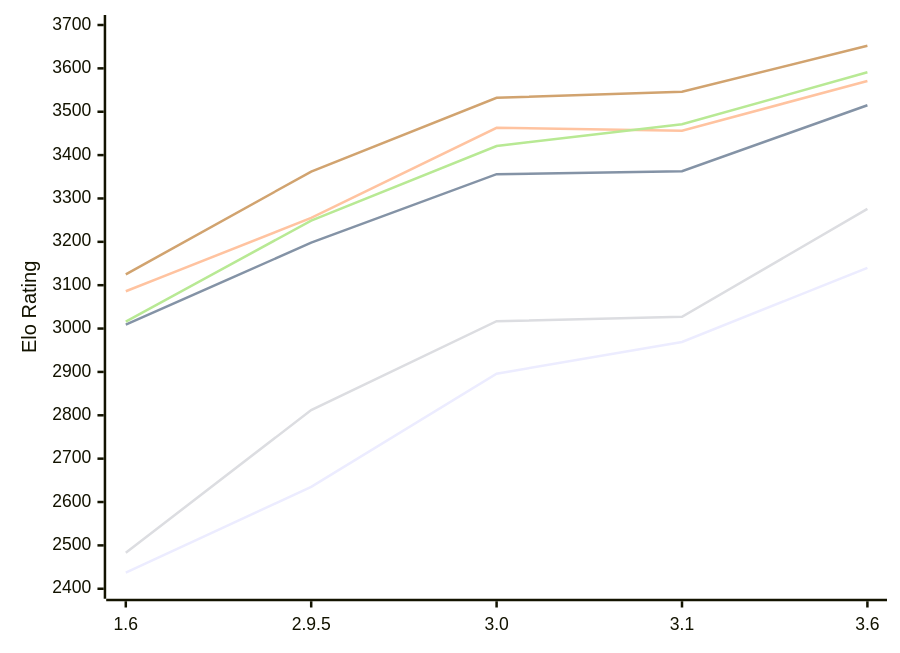
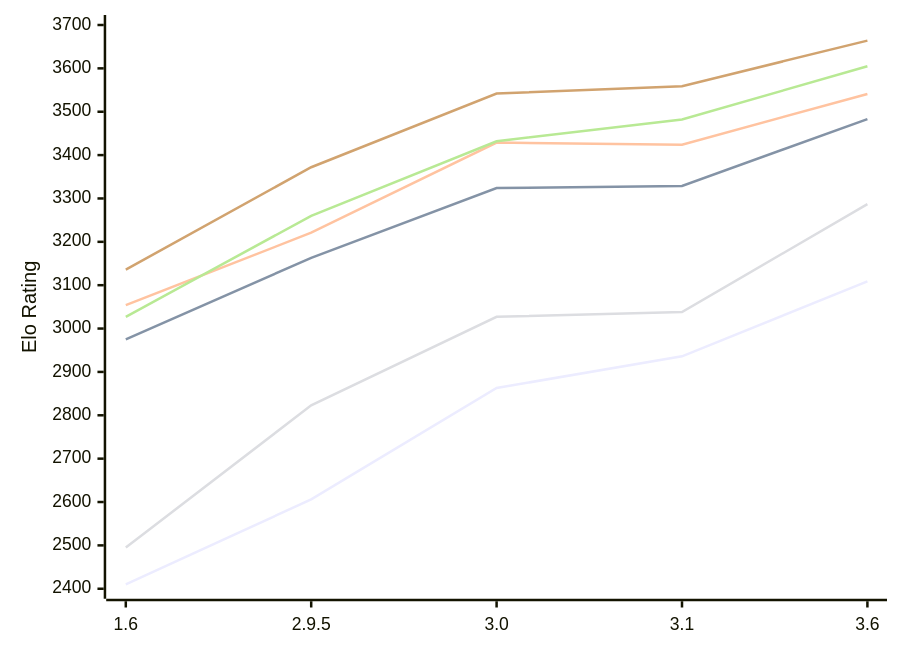
The diagram in engines/Chessenger.md (computer-chess-index/cci), drawn with Mermaid before and after one commit. The commit also changed other lines of this file, not shown here.

Commit message:
Update CCI Ratings (ELO VLTC) - 2026-11-12

````diff
--- a/engines/Chessenger.md
+++ b/engines/Chessenger.md
@@ -55,12 +55,12 @@
 ```mermaid
 %%{init: {"theme":"base","themeVariables":{"seriesColors:['#a3a3a3','#222221','#faa371']}}}%%
 xychart-beta
   x-axis ["1.6", "2.9.5", "3.0", "3.1", "3.6"]
   y-axis "Elo Rating" 2400 --> 3700
-  line "E1: STC (8.0+0.08s)" [2437, 2635, 2896, 2969, 3140]
-  line "E1: LTC (60.0+0.60s)" [3009, 3198, 3356, 3363, 3515]
-  line "E1: VLTC (2m24s+1.12s)" [3086, 3255, 3463, 3456, 3571]
-  line "P1: STC (8.0+0.08s)" [2483, 2812, 3017, 3027, 3276]
-  line "P1: LTC (60.0+0.60s)" [3016, 3249, 3421, 3471, 3591]
-  line "P1: VLTC (2m24s+1.12s)" [3125, 3362, 3532, 3546, 3652]
+  line "E1: STC (8.0+0.08s)" [2410, 2606, 2863, 2936, 3109]
+  line "E1: LTC (60.0+0.60s)" [2975, 3163, 3324, 3329, 3483]
+  line "E1: VLTC (2m24s+1.12s)" [3054, 3221, 3429, 3424, 3541]
+  line "P1: STC (8.0+0.08s)" [2495, 2823, 3027, 3038, 3287]
+  line "P1: LTC (60.0+0.60s)" [3027, 3260, 3432, 3482, 3605]
+  line "P1: VLTC (2m24s+1.12s)" [3136, 3372, 3542, 3559, 3664]
 ```
````
